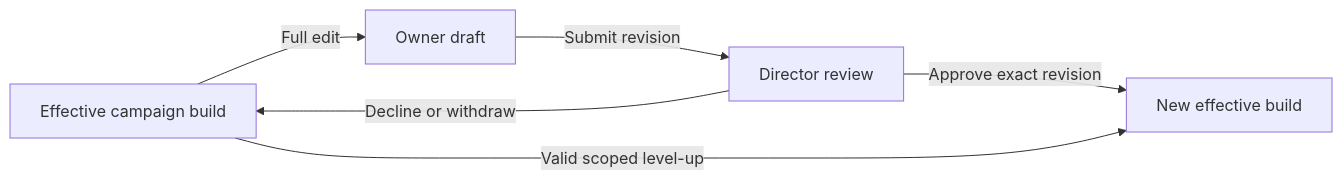
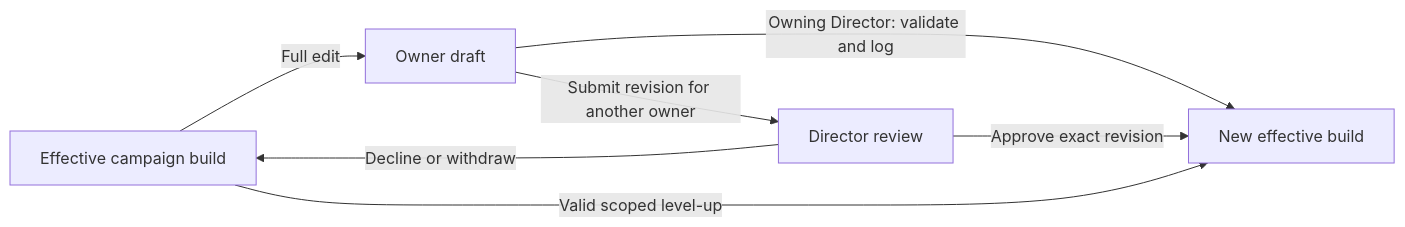
The diagram in docs/character-wizard-spec.md (illos/salient), drawn with Mermaid before and after one commit. The commit also changed other lines of this file and 33 other files, not shown here.

````diff
--- a/docs/character-wizard-spec.md
+++ b/docs/character-wizard-spec.md
@@ -139,8 +309,9 @@
 ```mermaid
 flowchart LR
     A[Effective campaign build] -->|Full edit| D[Owner draft]
-    D -->|Submit revision| R[Director review]
+    D -->|Submit revision for another owner| R[Director review]
+    D -->|Owning Director: validate and log| N[New effective build]
     R -->|Approve exact revision| N[New effective build]
     R -->|Decline or withdraw| A
     A -->|Valid scoped level-up| N
 ```
````
